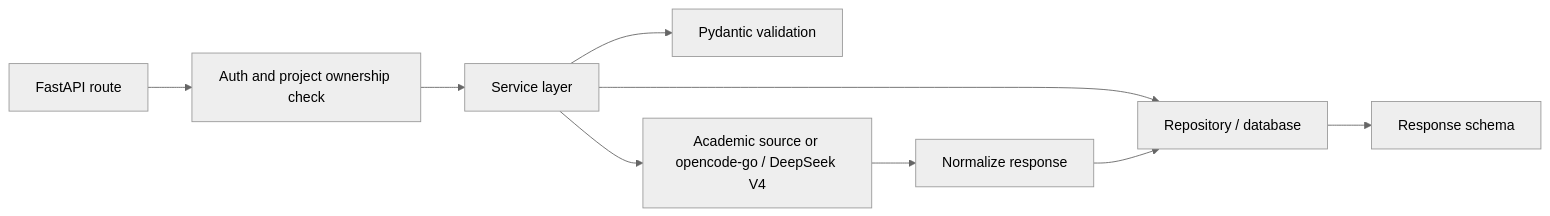
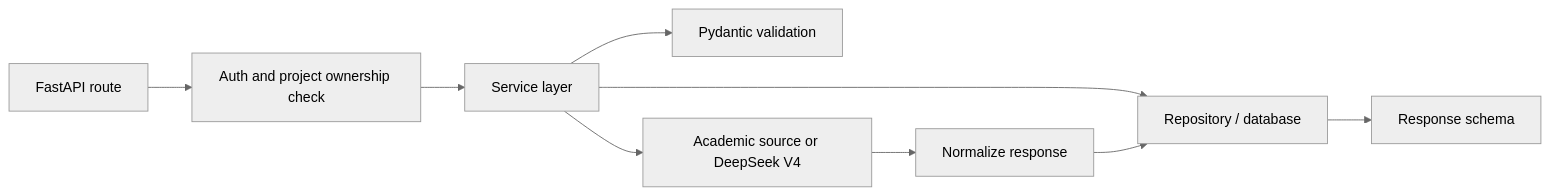
The first of 3 diagrams in docs/architecture/backend-architecture.md (vietlinhh02/lumen-agent), drawn with Mermaid (neutral theme) before and after one commit. The commit also changed other lines of this file and 13 other files, not shown here.

````diff
--- a/docs/architecture/backend-architecture.md
+++ b/docs/architecture/backend-architecture.md
@@ -102,11 +90,11 @@
 ```mermaid
 flowchart LR
     R["FastAPI route"] --> A["Auth and project ownership check"]
     A --> S["Service layer"]
     S --> V["Pydantic validation"]
     S --> DB["Repository / database"]
-    S --> EXT["Academic source or opencode-go / DeepSeek V4"]
+    S --> EXT["Academic source or DeepSeek V4"]
     EXT --> N["Normalize response"]
     N --> DB
     DB --> OUT["Response schema"]
 ```
````
